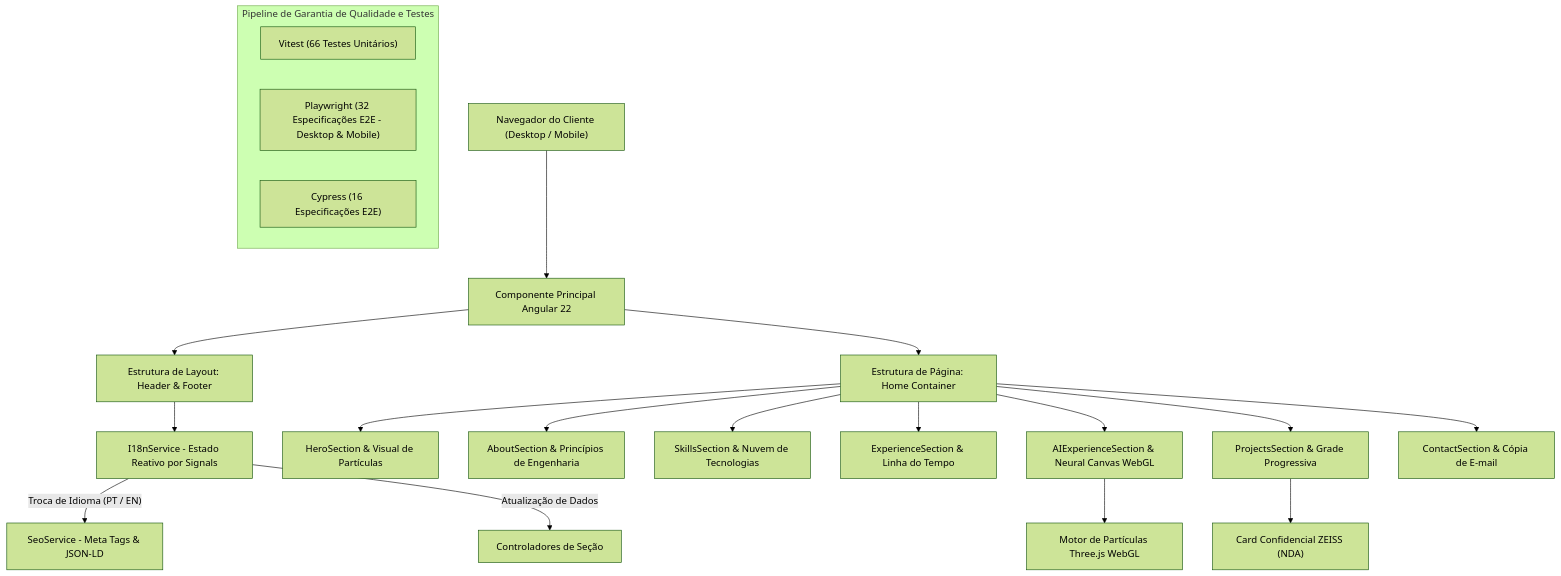
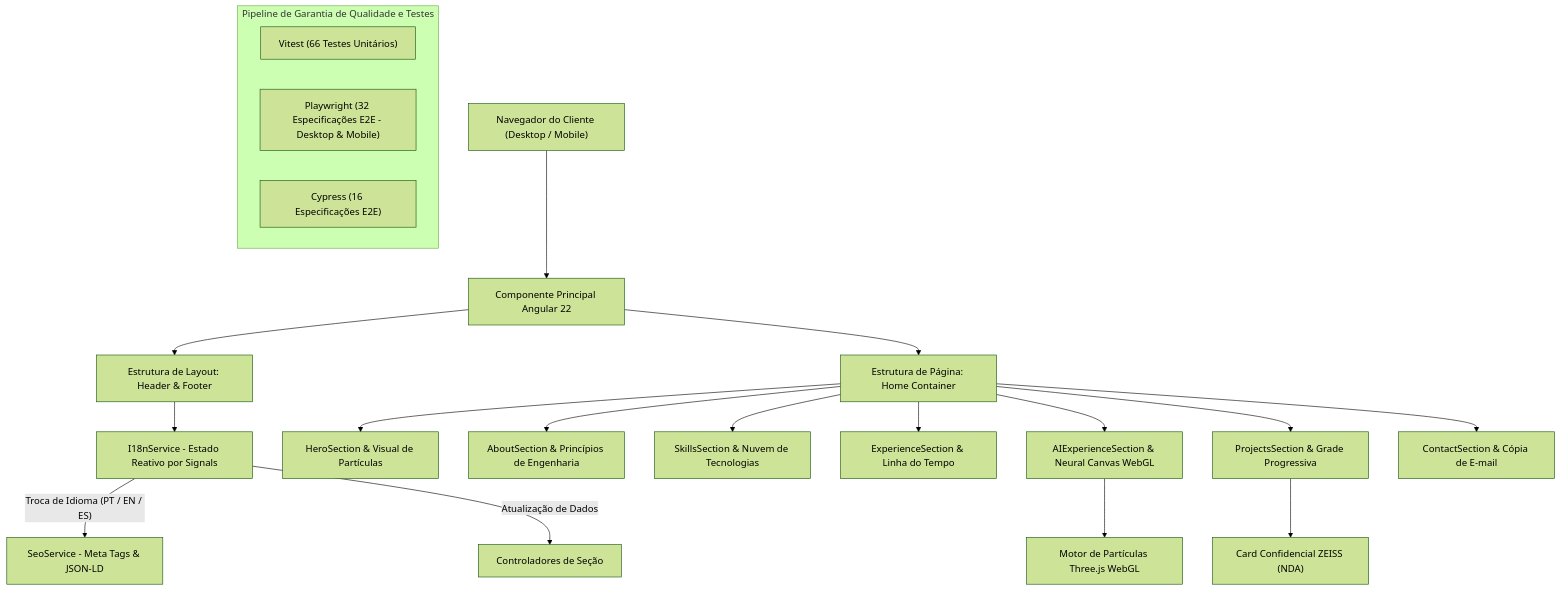
Before and after one commit to DevYuriVieira/portfolio: the second of 2 diagrams in README.md, drawn with Mermaid (forest theme). The commit also changed other lines of this file, not shown here.

Commit message:
docs(readme): update architecture diagram flows with tri-lingual (PT / EN / ES) transitions

````diff
--- a/README.md
+++ b/README.md
@@ -372,28 +372,28 @@
 ```mermaid
 flowchart TD
     A["Navegador do Cliente (Desktop / Mobile)"] --> B["Componente Principal Angular 22"]
     
     B --> C["Estrutura de Layout: Header & Footer"]
     B --> D["Estrutura de Página: Home Container"]
     
     C --> E["I18nService - Estado Reativo por Signals"]
-    E -- "Troca de Idioma (PT / EN)" --> F["SeoService - Meta Tags & JSON-LD"]
+    E -- "Troca de Idioma (PT / EN / ES)" --> F["SeoService - Meta Tags & JSON-LD"]
     E -- "Atualização de Dados" --> G["Controladores de Seção"]
     
     D --> H1["HeroSection & Visual de Partículas"]
     D --> H2["AboutSection & Princípios de Engenharia"]
     D --> H3["SkillsSection & Nuvem de Tecnologias"]
     D --> H4["ExperienceSection & Linha do Tempo"]
     D --> H5["AIExperienceSection & Neural Canvas WebGL"]
     D --> H6["ProjectsSection & Grade Progressiva"]
     D --> H7["ContactSection & Cópia de E-mail"]
     
     H5 --> I["Motor de Partículas Three.js WebGL"]
     H6 --> J["Card Confidencial ZEISS (NDA)"]
     
     subgraph "Pipeline de Garantia de Qualidade e Testes"
         K1["Vitest (66 Testes Unitários)"]
         K2["Playwright (32 Especificações E2E - Desktop & Mobile)"]
         K3["Cypress (16 Especificações E2E)"]
     end
 ```
````
